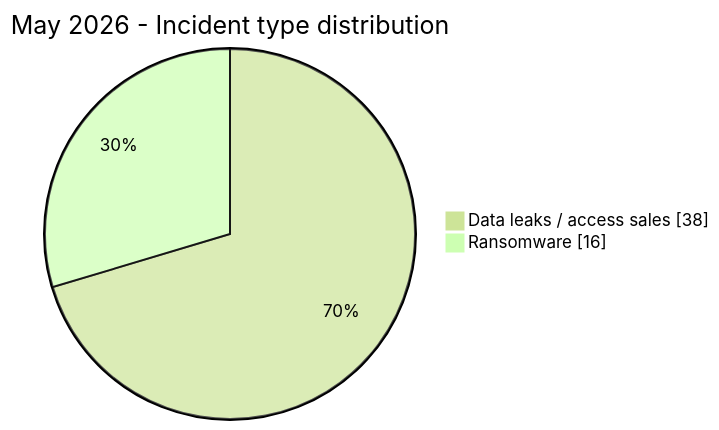
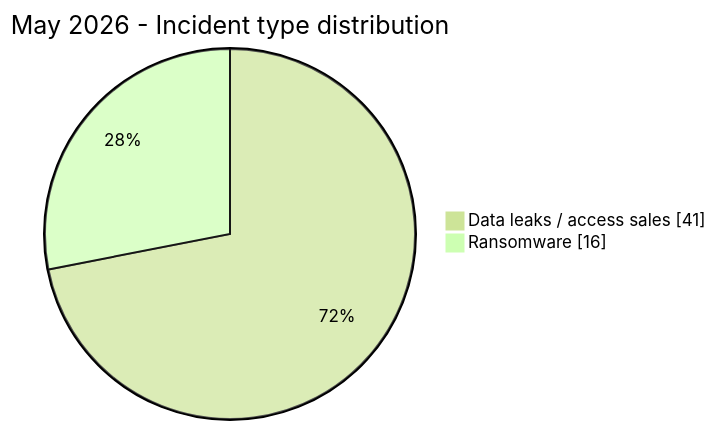
The second of 5 diagrams in comparison/2026/05-may-june/README.md (Hatchepsoute/AFRINTEL), drawn with Mermaid (forest theme) before and after one commit. The commit also changed other lines of this file and 28 other files, not shown here.

````diff
--- a/comparison/2026/05-may-june/README.md
+++ b/comparison/2026/05-may-june/README.md
@@ -48,6 +48,6 @@
 ```mermaid
 pie showData
     title May 2026 - Incident type distribution
-    "Data leaks / access sales" : 38
+    "Data leaks / access sales" : 41
     "Ransomware" : 16
 ```
````
